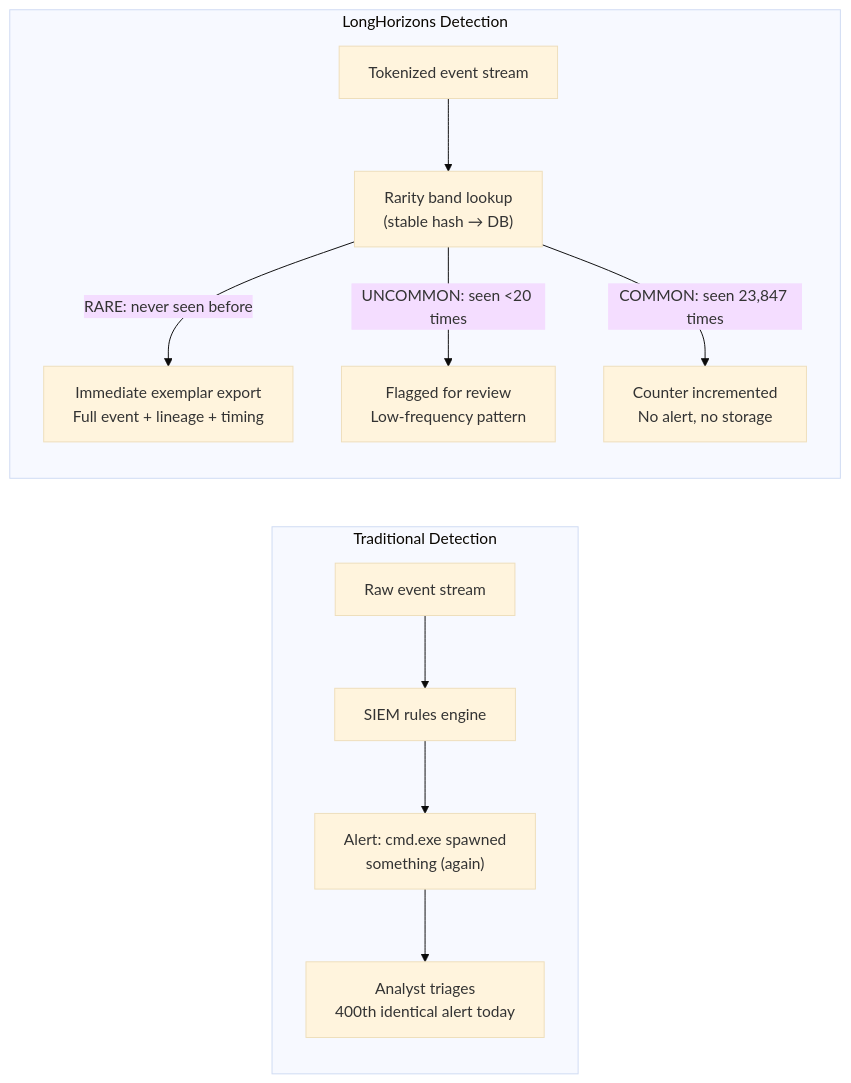
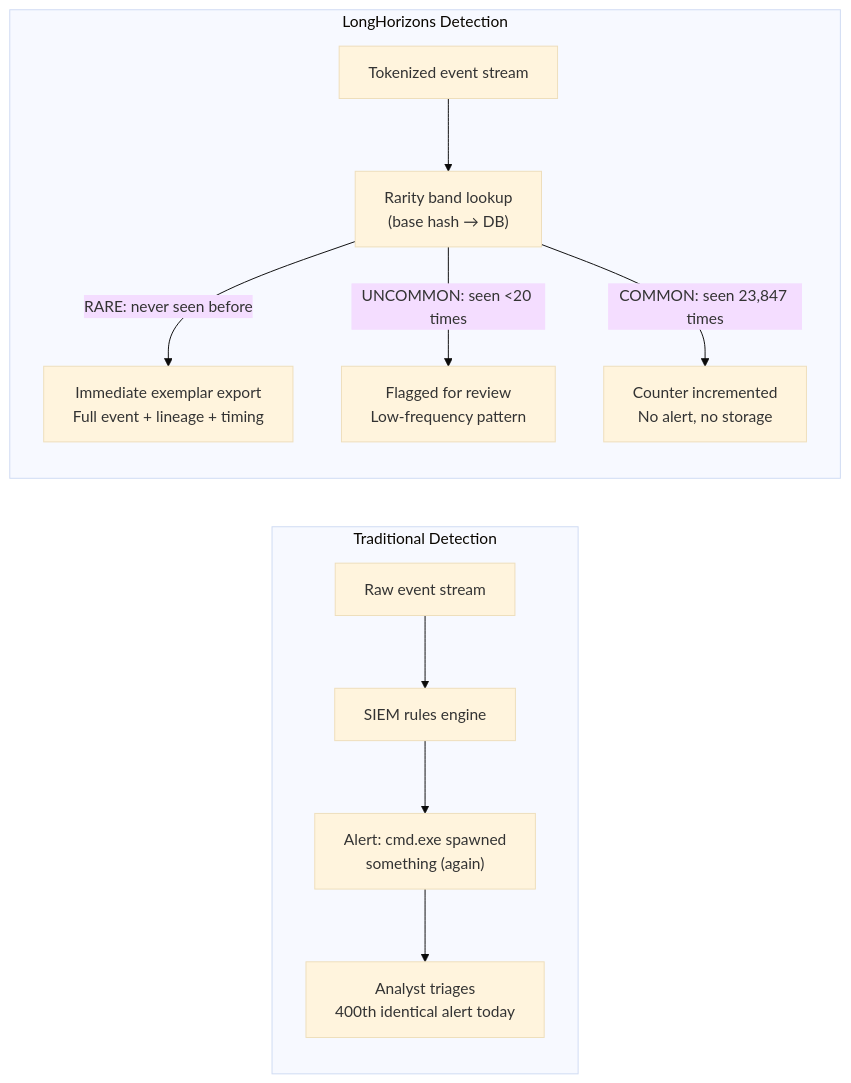
The fourth of 5 diagrams in LongHorizons/README.md (LongHorizons/WindOH), drawn with Mermaid (base theme) before and after one commit. The commit also changed other lines of this file and 17 other files, not shown here.

First line of the commit message:
Rename stable_hash/stableHash -> base_token/baseToken across all documentation

````diff
--- a/LongHorizons/README.md
+++ b/LongHorizons/README.md
@@ -183,15 +183,15 @@
 ```mermaid
 flowchart LR
     subgraph Traditional["Traditional Detection"]
         T1["Raw event stream"] --> T2["SIEM rules engine"]
         T2 --> T3["Alert: cmd.exe spawned\nsomething (again)"]
         T3 --> T4["Analyst triages\n400th identical alert today"]
     end
 
     subgraph LongHorizons["LongHorizons Detection"]
-        L1["Tokenized event stream"] --> L2["Rarity band lookup\n(stable hash → DB)"]
+        L1["Tokenized event stream"] --> L2["Rarity band lookup\n(base hash → DB)"]
         L2 -->|"RARE: never seen before"| L3["Immediate exemplar export\nFull event + lineage + timing"]
         L2 -->|"UNCOMMON: seen <20 times"| L4["Flagged for review\nLow-frequency pattern"]
         L2 -->|"COMMON: seen 23,847 times"| L5["Counter incremented\nNo alert, no storage"]
     end
 ```
````
